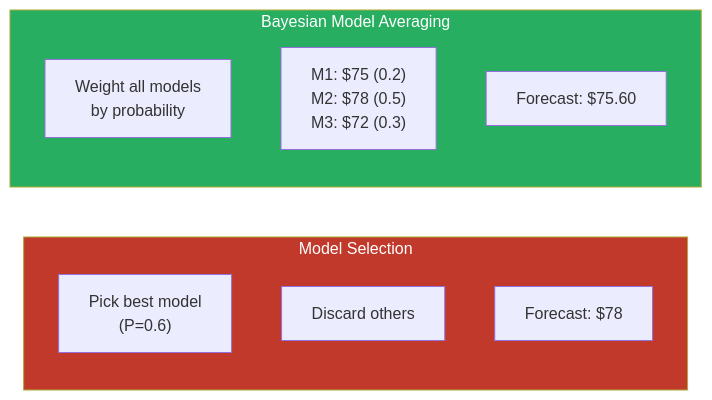
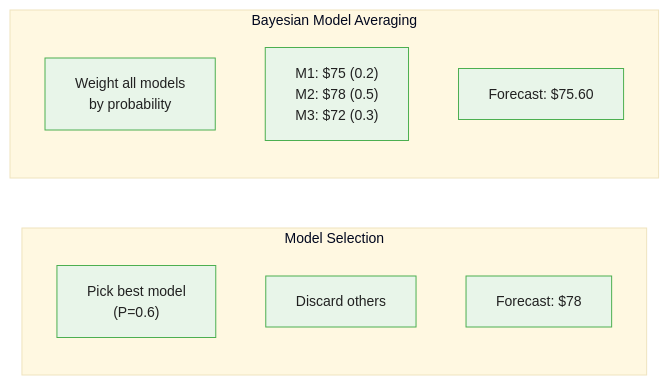
Before and after one commit to m-deane/course-creator: the second of 4 diagrams in courses/bayesian-commodity-forecasting/modules/module_08_fundamentals_integration/guides/03_bayesian_model_averaging_slides.md, drawn with Mermaid. The commit also changed other lines of this file and 104 other files, not shown here.

````diff
--- a/courses/bayesian-commodity-forecasting/modules/module_08_fundamentals_integration/guides/03_bayesian_model_averaging_slides.md
+++ b/courses/bayesian-commodity-forecasting/modules/module_08_fundamentals_integration/guides/03_bayesian_model_averaging_slides.md
@@ -65,15 +75,14 @@
 ```mermaid
+%%{init: {"theme": "base", "themeVariables": {"primaryColor": "#e8f5e9", "primaryBorderColor": "#4caf50", "primaryTextColor": "#212121", "secondaryColor": "#e3f2fd", "tertiaryColor": "#fff8e1", "lineColor": "#757575", "fontFamily": "Inter, sans-serif", "fontSize": "14px"}}}%%
 flowchart LR
     subgraph Selection["Model Selection"]
         S1["Pick best model\n(P=0.6)"]
         S2["Discard others"]
         S3["Forecast: $78"]
     end
     subgraph BMA["Bayesian Model Averaging"]
         B1["Weight all models\nby probability"]
         B2["M1: $75 (0.2)\nM2: $78 (0.5)\nM3: $72 (0.3)"]
         B3["Forecast: $75.60"]
     end
-    style Selection fill:#c0392b,color:#fff
-    style BMA fill:#27ae60,color:#fff
 ```
````
